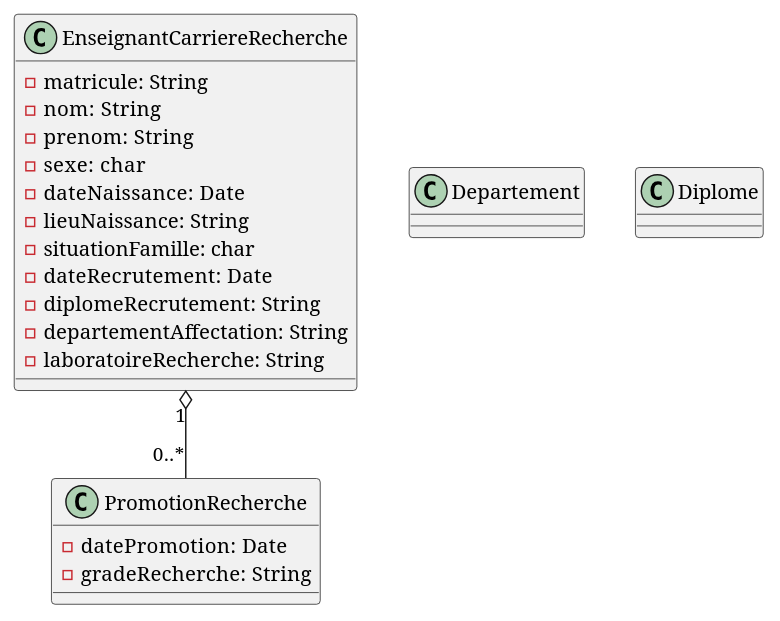
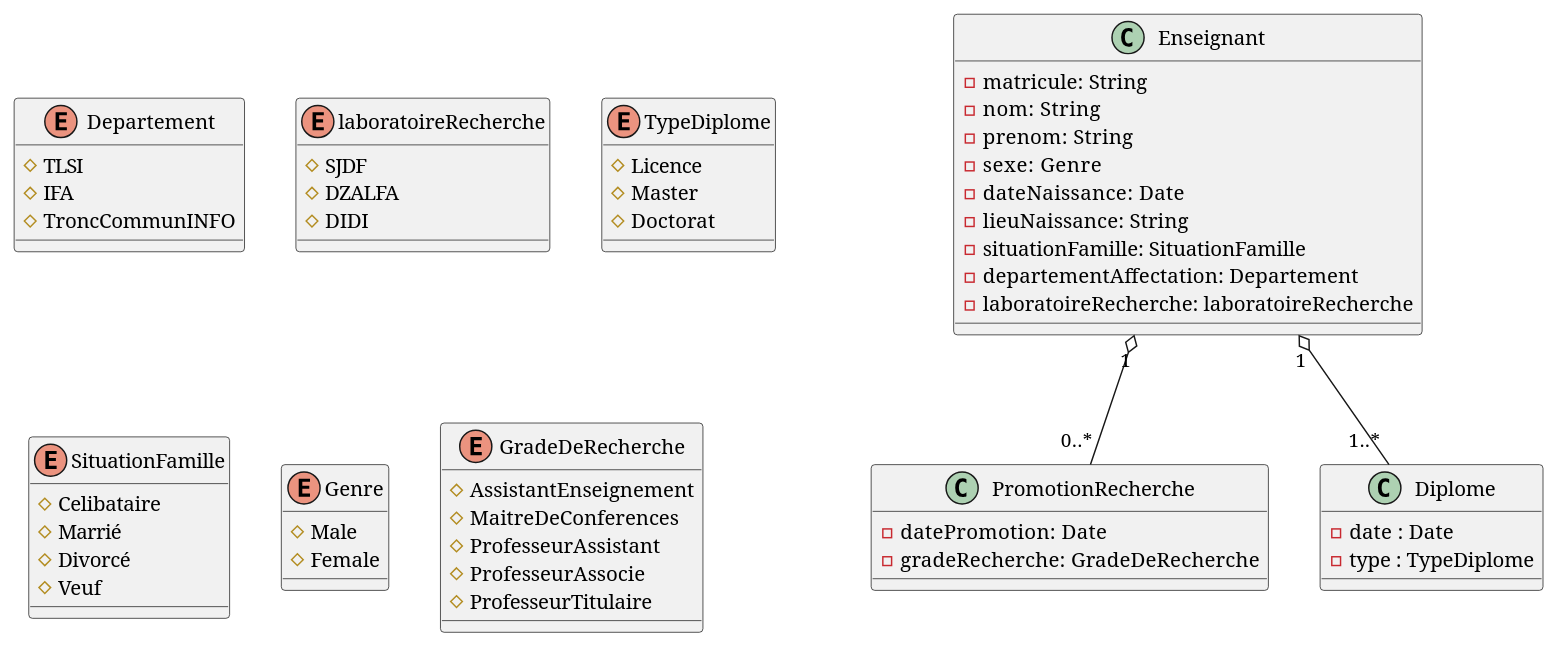
Before and after one commit to Napi55/PlantUml: the diagram in App2/DCL.wsd, drawn with PlantUML. The commit also changed 6 other files, not shown here.

```diff
--- a/App2/DCL.wsd
+++ b/App2/DCL.wsd
@@ -1,34 +1,65 @@
 @startuml Application2
 
-class EnseignantCarriereRecherche {
+class Enseignant {
     - matricule:  String
     - nom:  String
     - prenom:  String
-    - sexe:  char
+    - sexe:  Genre
     - dateNaissance:  Date
     - lieuNaissance:  String
-    - situationFamille:  char
-    - dateRecrutement:  Date
-    - diplomeRecrutement:  String
-    - departementAffectation:  String
-    - laboratoireRecherche:  String
+    - situationFamille:  SituationFamille
+    - departementAffectation:  Departement
+    - laboratoireRecherche:  laboratoireRecherche
     
     
 }
 
 class PromotionRecherche {
     - datePromotion:  Date
-    - gradeRecherche:  String
+    - gradeRecherche:  GradeDeRecherche
     
 }
-class Departement{
-
+enum Departement{
+    #TLSI
+    #IFA 
+    #TroncCommunINFO
+}
+enum laboratoireRecherche{
+    #SJDF
+    #DZALFA 
+    #DIDI
 }
 class Diplome {
-
+    - date : Date
+    - type : TypeDiplome
 }
 
-EnseignantCarriereRecherche "1" o-- "0..*" PromotionRecherche 
+enum TypeDiplome  {
+    # Licence
+    # Master
+    # Doctorat
+}
+
+enum SituationFamille  {
+    # Celibataire
+    # Marrié
+    # Divorcé
+    # Veuf
+}
+
+enum Genre  {
+    # Male
+    # Female
+}
+Enum GradeDeRecherche {
+    #AssistantEnseignement
+    #MaitreDeConferences
+    #ProfesseurAssistant
+    #ProfesseurAssocie
+    #ProfesseurTitulaire
+}
+Enseignant "1" o-- "0..*" PromotionRecherche 
+Enseignant "1" o-- "1..*" Diplome 
 
 
 @enduml
```
